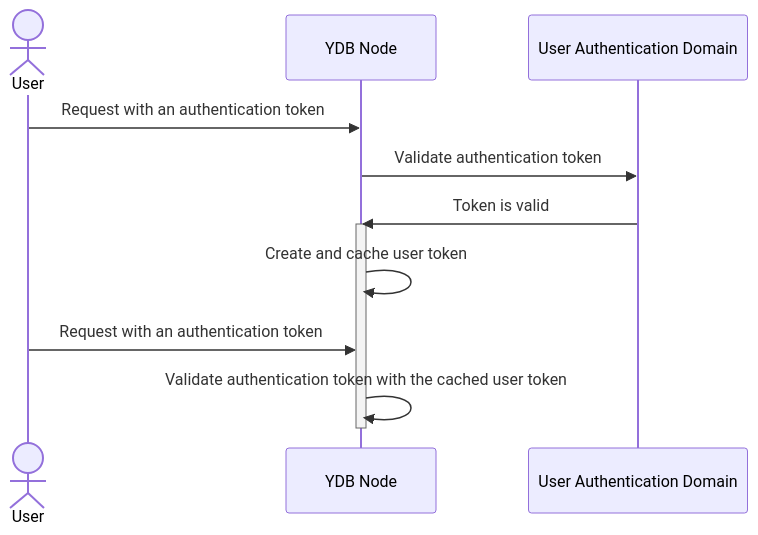
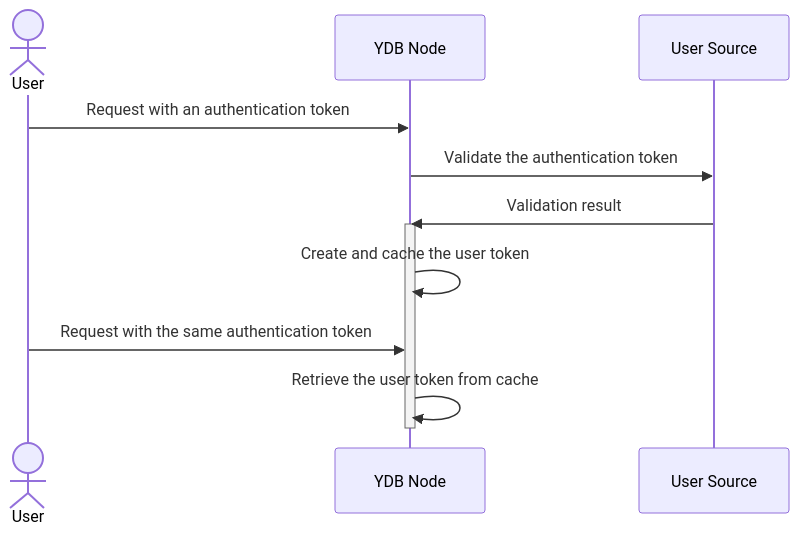
The diagram in ydb/docs/en/core/security/_assets/user-token.md (ydb-platform/ydb), drawn with Mermaid before and after one commit. The commit also changed 8 other files, not shown here.

````diff
--- a/ydb/docs/en/core/security/_assets/user-token.md
+++ b/ydb/docs/en/core/security/_assets/user-token.md
@@ -1,16 +1,16 @@
 ```mermaid
 sequenceDiagram
     actor user as User
     participant node as YDB Node
-    participant auth as User Authentication Domain
+    participant auth as User Source
 
     user->>node: Request with an authentication token
-    node->>auth: Validate authentication token
-    auth->>node: Token is valid
+    node->>auth: Validate the authentication token
+    auth->>node: Validation result
 
     activate node
-    node->>node: Create and cache user token
-    user->>node: Request with an authentication token
-    node->>node: Validate authentication token with the cached user token
+    node->>node: Create and cache the user token
+    user->>node: Request with the same authentication token
+    node->>node: Retrieve the user token from cache
     deactivate node
 ```
````
